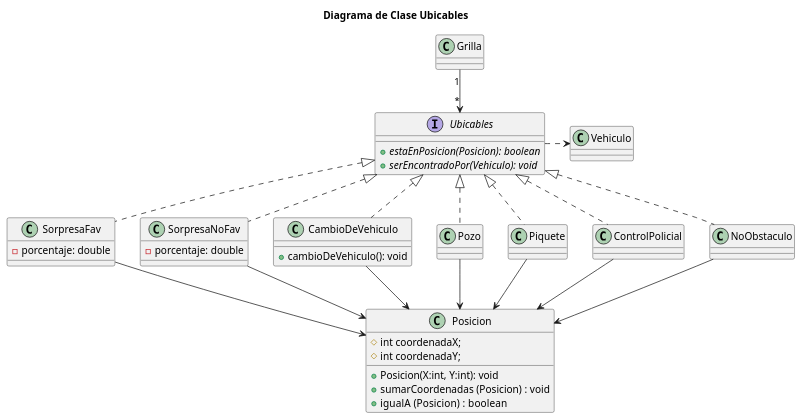
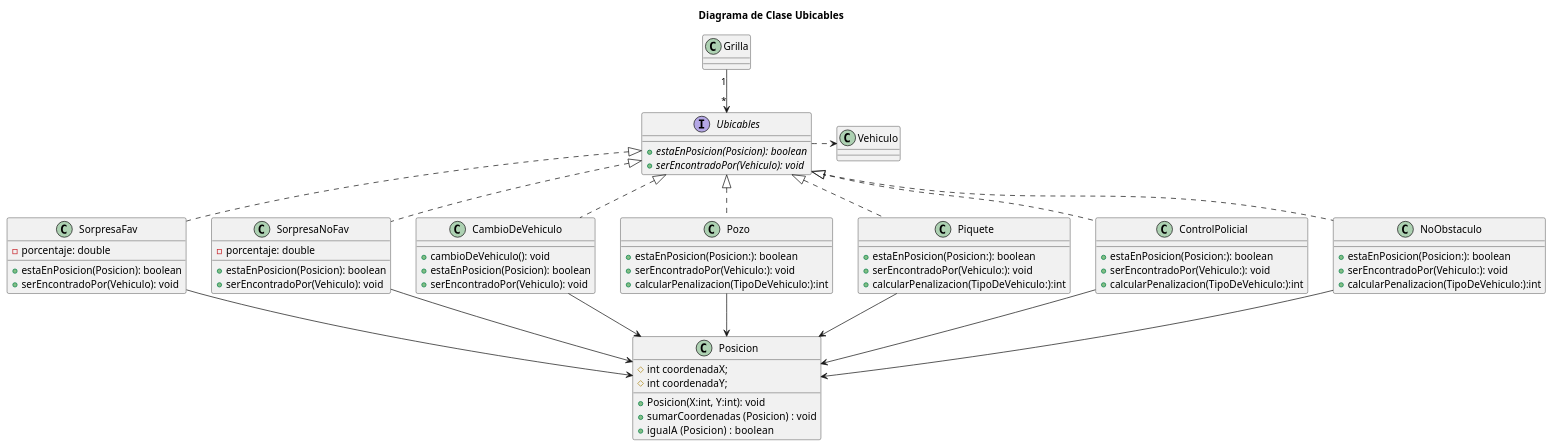
One commit to FacundoBaez1994/Algo3Tp2 changed the diagram in diagrams/classes/DiagramaDeClasesUbicable.puml. Above: the diagram before and after it, drawn with PlantUML. The commit also changed 9 other files, not shown here.

Commit message:
Se corrigieron diagramas de clase

```diff
--- a/diagrams/classes/DiagramaDeClasesUbicable.puml
+++ b/diagrams/classes/DiagramaDeClasesUbicable.puml
@@ -1,48 +1,77 @@
 @startuml
 title Diagrama de Clase Ubicables
 Grilla "1" -d-> "*" Ubicables
 Ubicables .r.> Vehiculo
 
 SorpresaFav .u.|> Ubicables
 SorpresaNoFav .u.|> Ubicables
 CambioDeVehiculo .u.|>  Ubicables
 Pozo .u.|> Ubicables
 Piquete .u.|> Ubicables
 ControlPolicial .u.|> Ubicables
 NoObstaculo .u.|> Ubicables
 
 SorpresaFav -d-> Posicion
 SorpresaNoFav -d-> Posicion
 CambioDeVehiculo -d-> Posicion
 Pozo -d-> Posicion
 Piquete -d-> Posicion
 ControlPolicial -d-> Posicion
 NoObstaculo -d-> Posicion
 
+
+
 interface Ubicables {
     + {abstract} estaEnPosicion(Posicion): boolean
     + {abstract} serEncontradoPor(Vehiculo): void
 }
 
 class SorpresaFav {
 - porcentaje: double
+    + estaEnPosicion(Posicion): boolean
+    + serEncontradoPor(Vehiculo): void
 }
 
 class SorpresaNoFav {
 - porcentaje: double
++ estaEnPosicion(Posicion): boolean
+ + serEncontradoPor(Vehiculo): void
 }
 
 class CambioDeVehiculo {
 + cambioDeVehiculo(): void
+    + estaEnPosicion(Posicion): boolean
+    + serEncontradoPor(Vehiculo): void
 }
 
+class Pozo {
++ estaEnPosicion(Posicion:): boolean
+ + serEncontradoPor(Vehiculo:): void
+ + calcularPenalizacion(TipoDeVehiculo:):int
+}
 
+class ControlPolicial {
++ estaEnPosicion(Posicion:): boolean
+ + serEncontradoPor(Vehiculo:): void
+ + calcularPenalizacion(TipoDeVehiculo:):int
+}
+class Piquete {
++ estaEnPosicion(Posicion:): boolean
+ + serEncontradoPor(Vehiculo:): void
+ + calcularPenalizacion(TipoDeVehiculo:):int
+}
+class NoObstaculo {
++ estaEnPosicion(Posicion:): boolean
+ + serEncontradoPor(Vehiculo:): void
+ + calcularPenalizacion(TipoDeVehiculo:):int
+}
 class Posicion {
     # int coordenadaX;
     # int coordenadaY;
     + Posicion(X:int, Y:int): void
     + sumarCoordenadas (Posicion) : void
     + igualA (Posicion) :  boolean
 }
 
+
 @enduml
```
